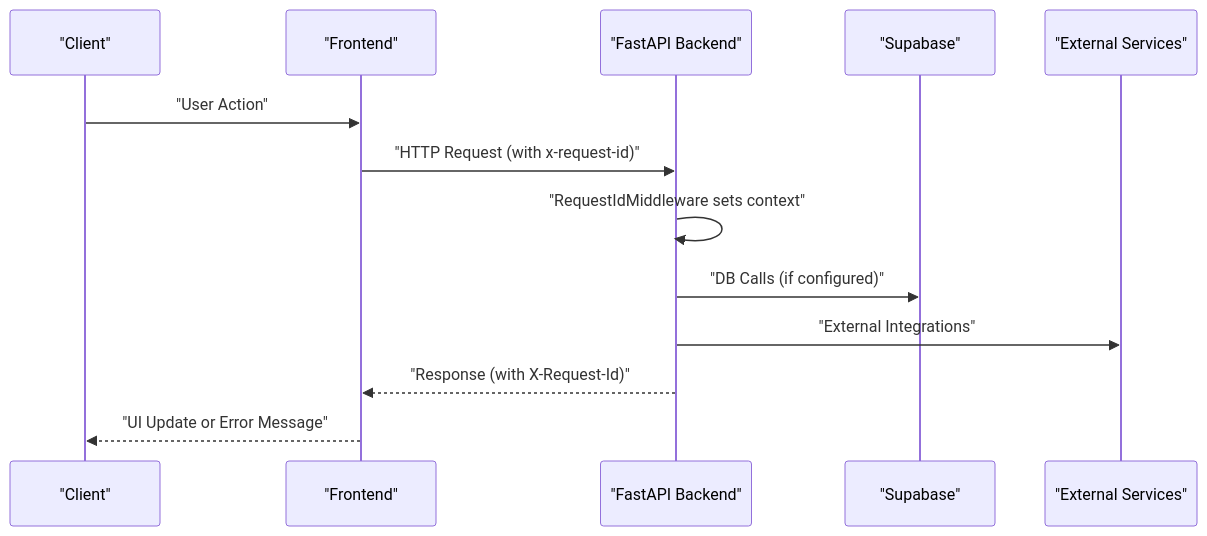
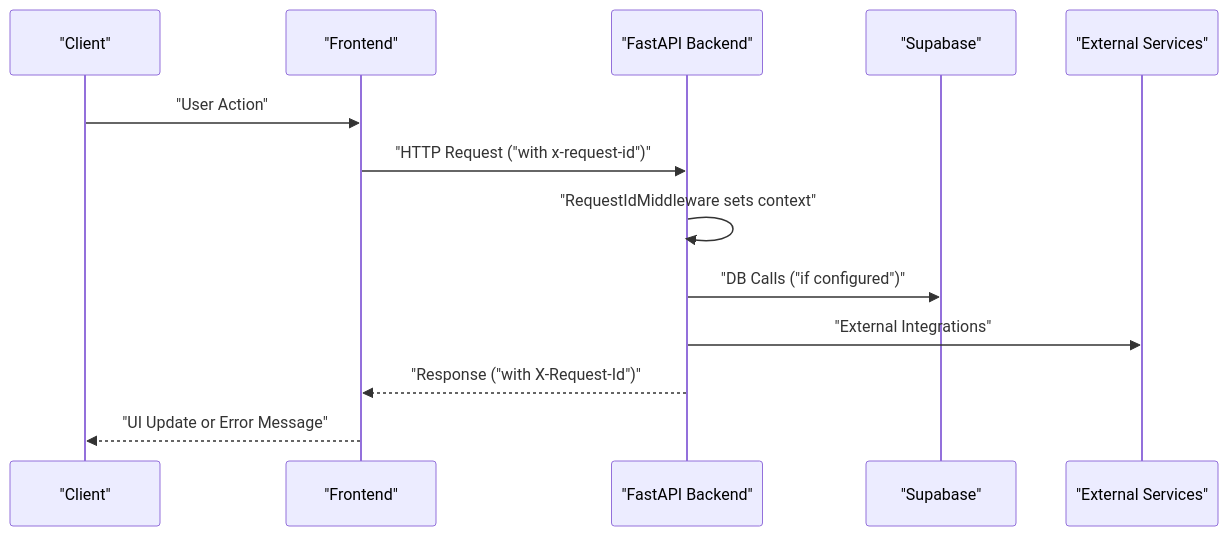
Before and after one commit to rohitkumarnaidu/ScholarFormAI: the second of 9 diagrams in docs/docs/knowledge/Troubleshooting & FAQ.md, drawn with Mermaid. The commit also changed other lines of this file and 611 other files, not shown here.

````diff
--- a/docs/docs/knowledge/Troubleshooting & FAQ.md
+++ b/docs/docs/knowledge/Troubleshooting & FAQ.md
@@ -93,15 +93,15 @@
 ```mermaid
 sequenceDiagram
 participant Client as "Client"
 participant FE as "Frontend"
 participant BE as "FastAPI Backend"
 participant DB as "Supabase"
 participant Ext as "External Services"
 Client->>FE : "User Action"
-FE->>BE : "HTTP Request (with x-request-id)"
+FE->>BE : "HTTP Request ("with x-request-id")"
 BE->>BE : "RequestIdMiddleware sets context"
-BE->>DB : "DB Calls (if configured)"
+BE->>DB : "DB Calls ("if configured")"
 BE->>Ext : "External Integrations"
-BE-->>FE : "Response (with X-Request-Id)"
+BE-->>FE : "Response ("with X-Request-Id")"
 FE-->>Client : "UI Update or Error Message"
 ```
````
